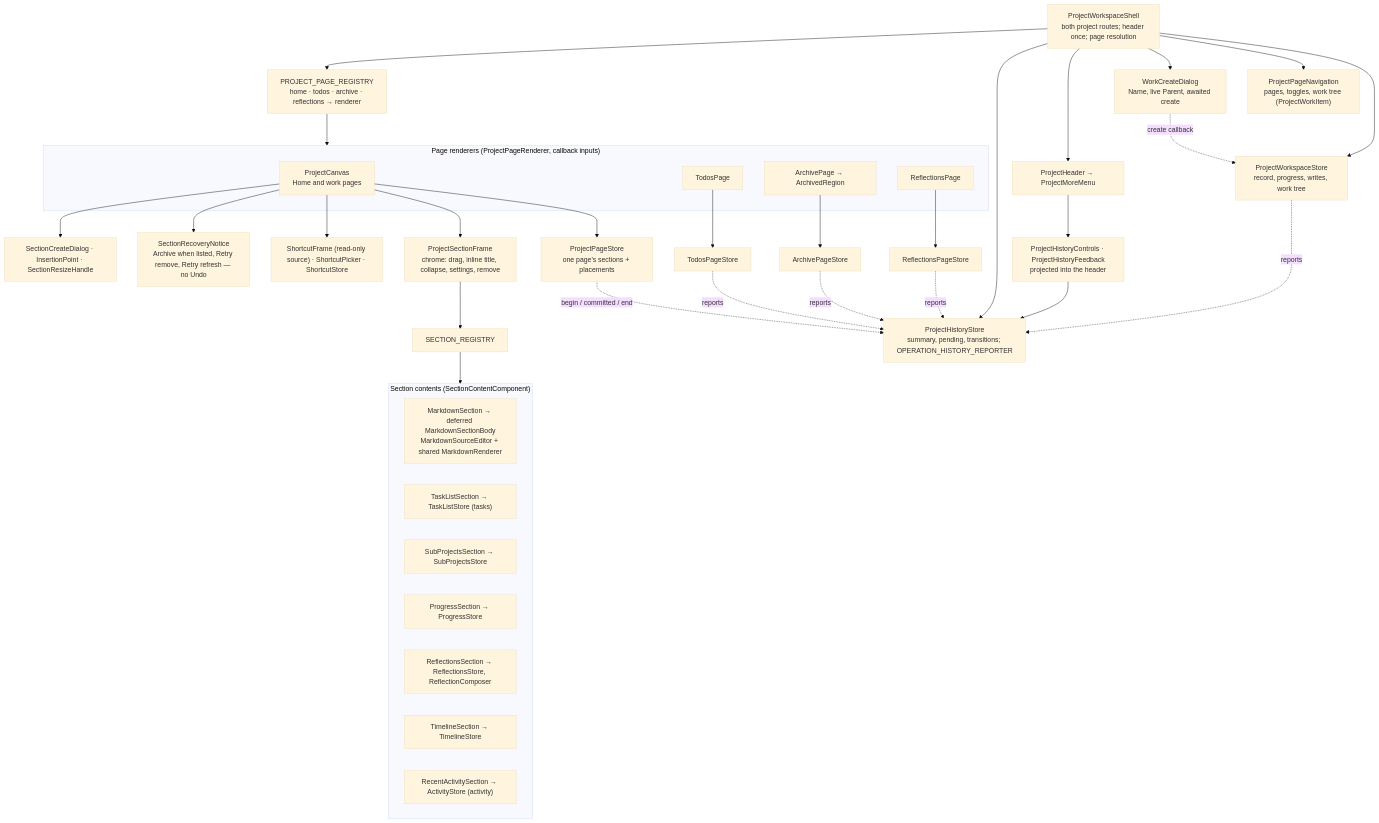
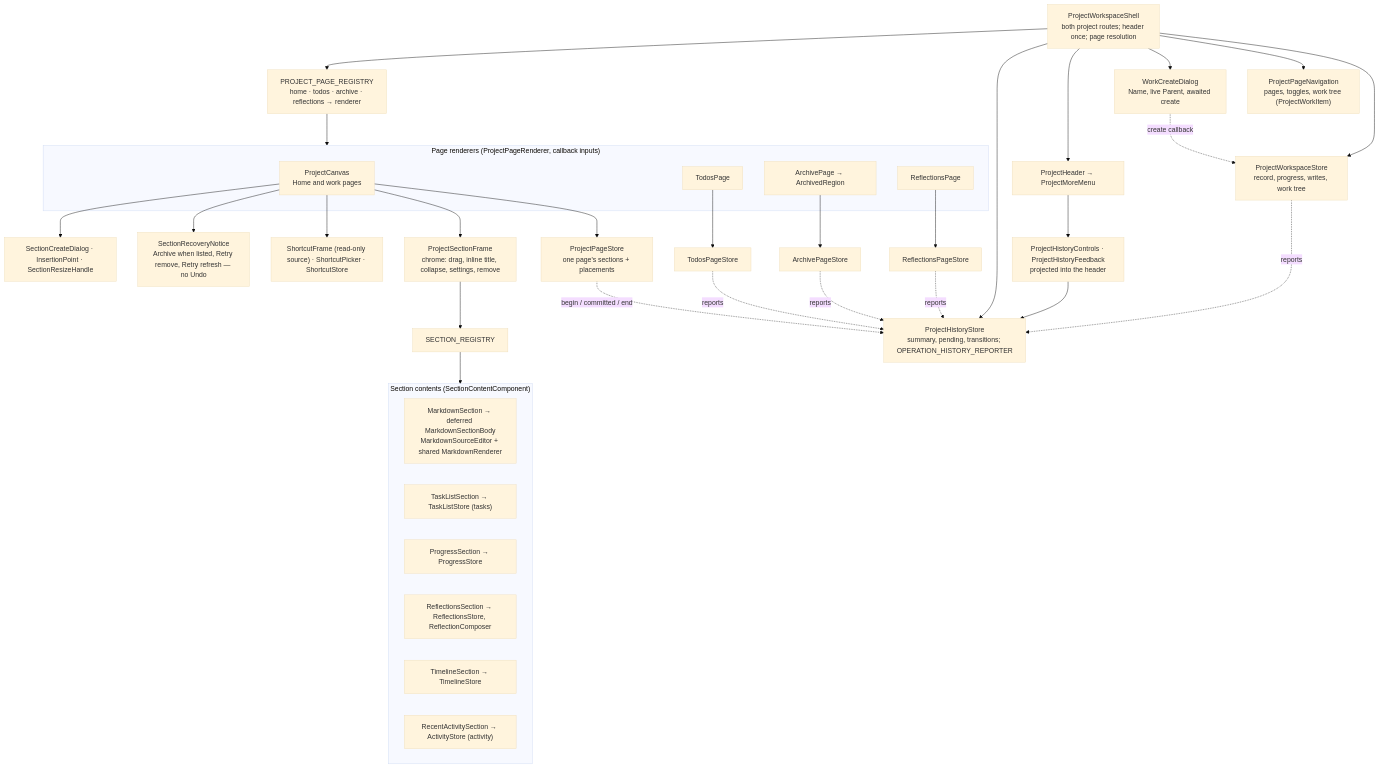
One commit to CalciteDragon/Canvas-work-manager-prototype changed the first of 2 diagrams in docs/architecture/web/projects/what.md. Above: the diagram before and after it, drawn with Mermaid (base theme). The commit also changed other lines of this file and 142 other files, not shown here.

Commit message:
Slice 66: retire Sub-Projects and remove disposable-data converters (§14, §29–32, §54)

````diff
--- a/docs/architecture/web/projects/what.md
+++ b/docs/architecture/web/projects/what.md
@@ -5,56 +5,55 @@
 ```mermaid
 flowchart TB
   shell["ProjectWorkspaceShell<br/>both project routes; header once; page resolution"]
   wstore["ProjectWorkspaceStore<br/>record, progress, writes, work tree"]
   nav["ProjectPageNavigation<br/>pages, toggles, work tree (ProjectWorkItem)"]
   workcreate["WorkCreateDialog<br/>Name, live Parent, awaited create"]
   header["ProjectHeader → ProjectMoreMenu"]
   hist["ProjectHistoryStore<br/>summary, pending, transitions; OPERATION_HISTORY_REPORTER"]
   controls["ProjectHistoryControls · ProjectHistoryFeedback<br/>projected into the header"]
   reg["PROJECT_PAGE_REGISTRY<br/>home · todos · archive · reflections → renderer"]
   subgraph renderers["Page renderers (ProjectPageRenderer, callback inputs)"]
     canvas["ProjectCanvas<br/>Home and work pages"]
     todos["TodosPage"]
     archive["ArchivePage → ArchivedRegion"]
     refl["ReflectionsPage"]
   end
   pstore["ProjectPageStore<br/>one page's sections + placements"]
   tstore["TodosPageStore"]
   astore["ArchivePageStore"]
   rstore["ReflectionsPageStore"]
   frame["ProjectSectionFrame<br/>chrome: drag, inline title, collapse, settings, remove"]
   sreg["SECTION_REGISTRY"]
   subgraph sections["Section contents (SectionContentComponent)"]
     md["MarkdownSection → deferred MarkdownSectionBody<br/>MarkdownSourceEditor + shared MarkdownRenderer"]
     tl["TaskListSection → TaskListStore (tasks)"]
-    sp["SubProjectsSection → SubProjectsStore"]
     pg["ProgressSection → ProgressStore"]
     rf["ReflectionsSection → ReflectionsStore, ReflectionComposer"]
     tm["TimelineSection → TimelineStore"]
     ra["RecentActivitySection → ActivityStore (activity)"]
   end
   sc["ShortcutFrame (read-only source) · ShortcutPicker · ShortcutStore"]
   notice["SectionRecoveryNotice<br/>Archive when listed, Retry remove, Retry refresh — no Undo"]
   create["SectionCreateDialog · InsertionPoint · SectionResizeHandle"]
   shell --> wstore
   shell --> nav
   shell --> workcreate
   workcreate -. "create callback" .-> wstore
   shell --> header
   shell --> hist
   header --> controls --> hist
   pstore -. "begin / committed / end" .-> hist
   tstore -. reports .-> hist
   astore -. reports .-> hist
   rstore -. reports .-> hist
   wstore -. reports .-> hist
   shell --> reg --> renderers
   canvas --> pstore
   todos --> tstore
   archive --> astore
   refl --> rstore
   canvas --> frame --> sreg --> sections
   canvas --> sc
   canvas --> notice
   canvas --> create
 ```
````
